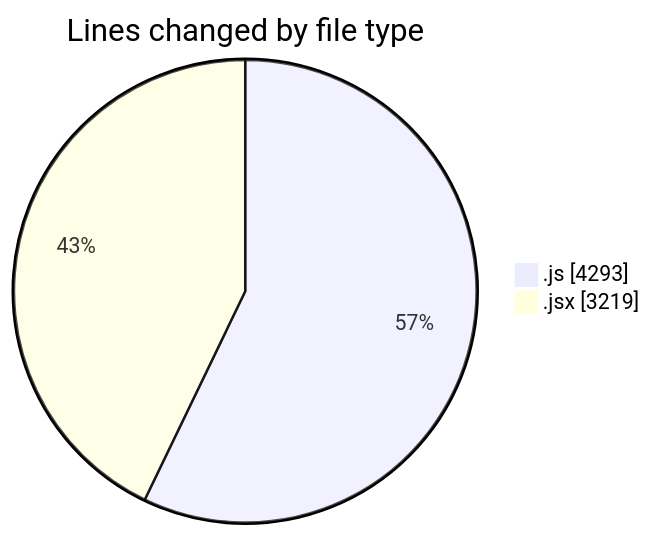
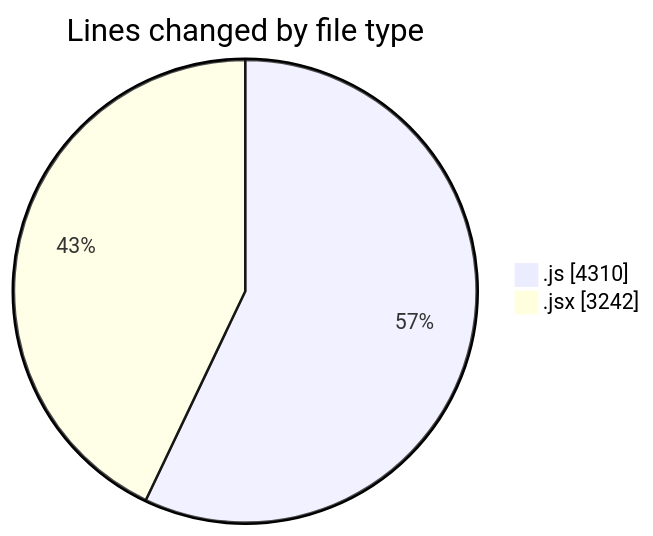
The first of 2 diagrams in 2025-12-29/nxtqube_webapp/README.md (nxtqubesakshisongat/code-tracking), drawn with Mermaid before and after one commit. The commit also changed other lines of this file and 1 other file, not shown here.

````diff
--- a/2025-12-29/nxtqube_webapp/README.md
+++ b/2025-12-29/nxtqube_webapp/README.md
@@ -24,6 +24,6 @@
 ```mermaid
 pie showData
 title Lines changed by file type
-".js" : 4293
-".jsx" : 3219
+".js" : 4310
+".jsx" : 3242
 ```
````
